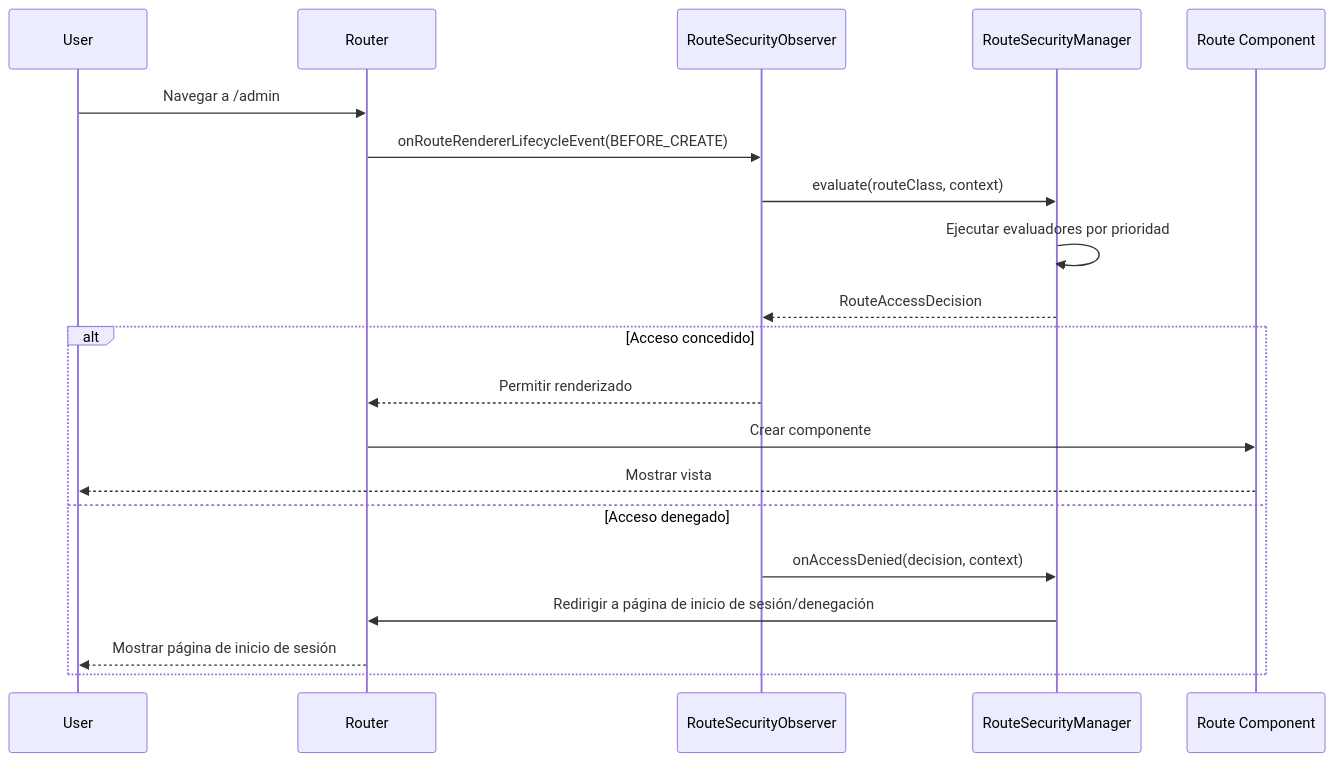
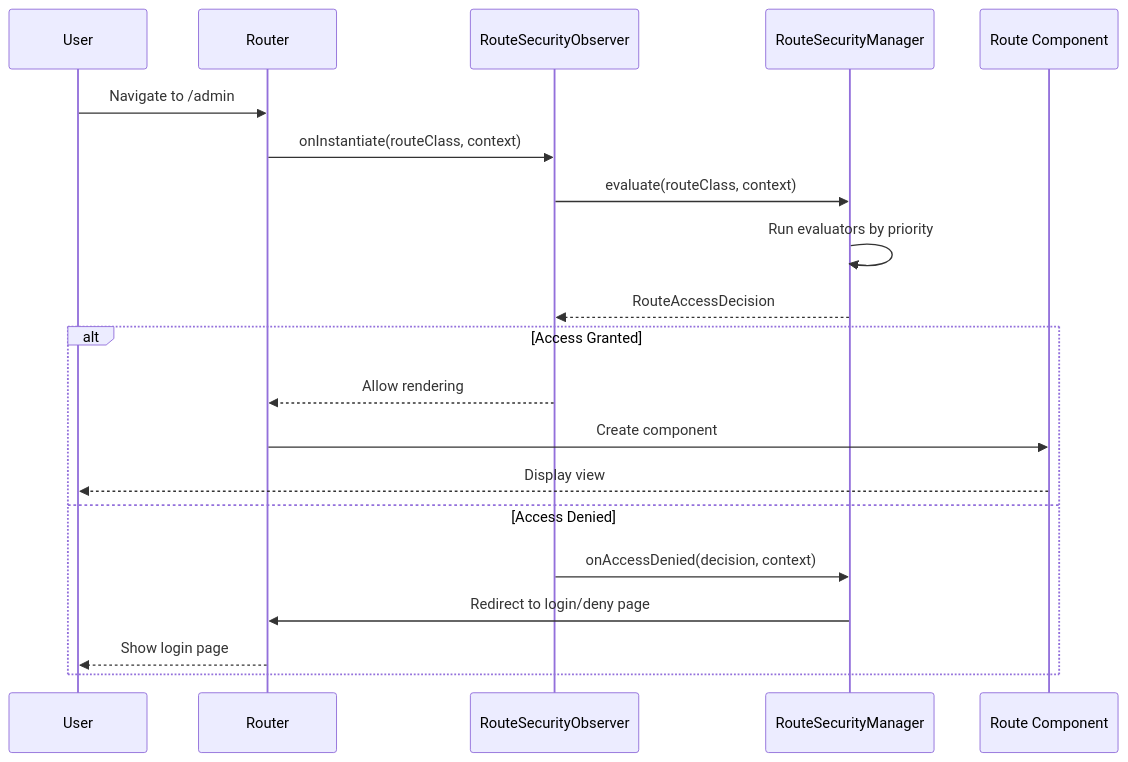
The diagram in docs/i18n/es/docusaurus-plugin-content-docs/current/security/architecture/navigation-flow.md (webforj/webforj-documentation), drawn with Mermaid before and after one commit. The commit also changed other lines of this file and 385 other files, not shown here.

````diff
--- a/docs/i18n/es/docusaurus-plugin-content-docs/current/security/architecture/navigation-flow.md
+++ b/docs/i18n/es/docusaurus-plugin-content-docs/current/security/architecture/navigation-flow.md
@@ -33,24 +36,24 @@
 ```mermaid
 sequenceDiagram
   participant User
   participant Router
   participant Observer as RouteSecurityObserver
   participant Manager as RouteSecurityManager
   participant Component as Route Component
 
-  User->>Router: Navegar a /admin
-  Router->>Observer: onRouteRendererLifecycleEvent(BEFORE_CREATE)
+  User->>Router: Navigate to /admin
+  Router->>Observer: onInstantiate(routeClass, context)
   Observer->>Manager: evaluate(routeClass, context)
-  Manager->>Manager: Ejecutar evaluadores por prioridad
+  Manager->>Manager: Run evaluators by priority
   Manager-->>Observer: RouteAccessDecision
 
-  alt Acceso concedido
-    Observer-->>Router: Permitir renderizado
-    Router->>Component: Crear componente
-    Component-->>User: Mostrar vista
-  else Acceso denegado
+  alt Access Granted
+    Observer-->>Router: Allow rendering
+    Router->>Component: Create component
+    Component-->>User: Display view
+  else Access Denied
     Observer->>Manager: onAccessDenied(decision, context)
-    Manager->>Router: Redirigir a página de inicio de sesión/denegación
-    Router-->>User: Mostrar página de inicio de sesión
+    Manager->>Router: Redirect to login/deny page
+    Router-->>User: Show login page
   end
 ```
````
